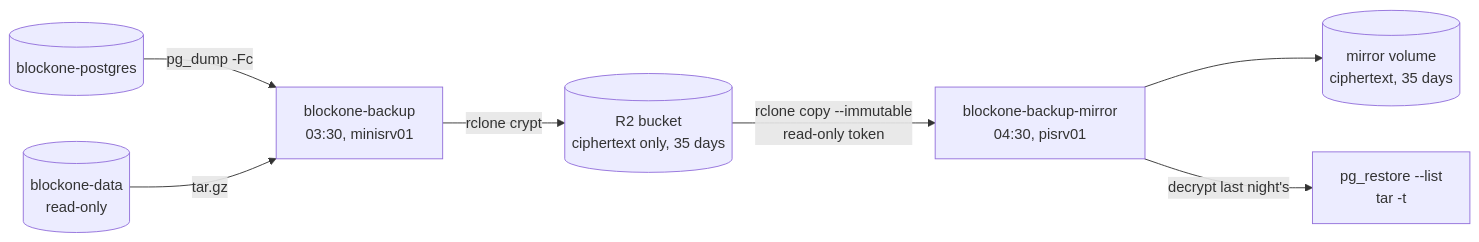
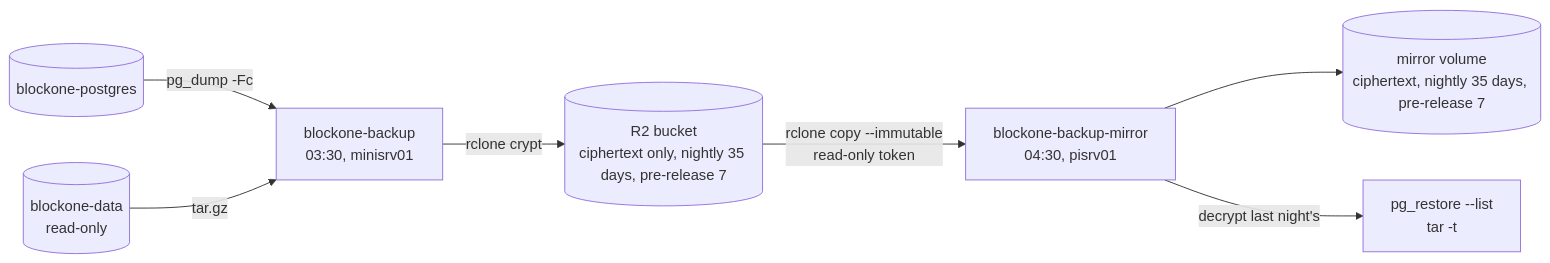
One commit to turpinator-x/homelab changed the second of 2 diagrams in docs/blockone-crypto-tax.md. Above: the diagram before and after it, drawn with Mermaid. The commit also changed other lines of this file and 11 other files, not shown here.

First line of the commit message:
feat(blockone-crypto-tax): 7-day pre-release backups, storage alerts, memory-backed work volumes

````diff
--- a/docs/blockone-crypto-tax.md
+++ b/docs/blockone-crypto-tax.md
@@ -84,9 +84,9 @@
 ```mermaid
 flowchart LR
   PG[(blockone-postgres)] -->|pg_dump -Fc| B
   D[(blockone-data<br>read-only)] -->|tar.gz| B
-  B[blockone-backup<br>03:30, minisrv01] -->|rclone crypt| R2[(R2 bucket<br>ciphertext only, 35 days)]
+  B[blockone-backup<br>03:30, minisrv01] -->|rclone crypt| R2[(R2 bucket<br>ciphertext only, nightly 35 days, pre-release 7)]
   R2 -->|rclone copy --immutable<br>read-only token| M[blockone-backup-mirror<br>04:30, pisrv01]
-  M --> MV[(mirror volume<br>ciphertext, 35 days)]
+  M --> MV[(mirror volume<br>ciphertext, nightly 35 days, pre-release 7)]
   M -->|decrypt last night's| V[pg_restore --list<br>tar -t]
 ```
````
